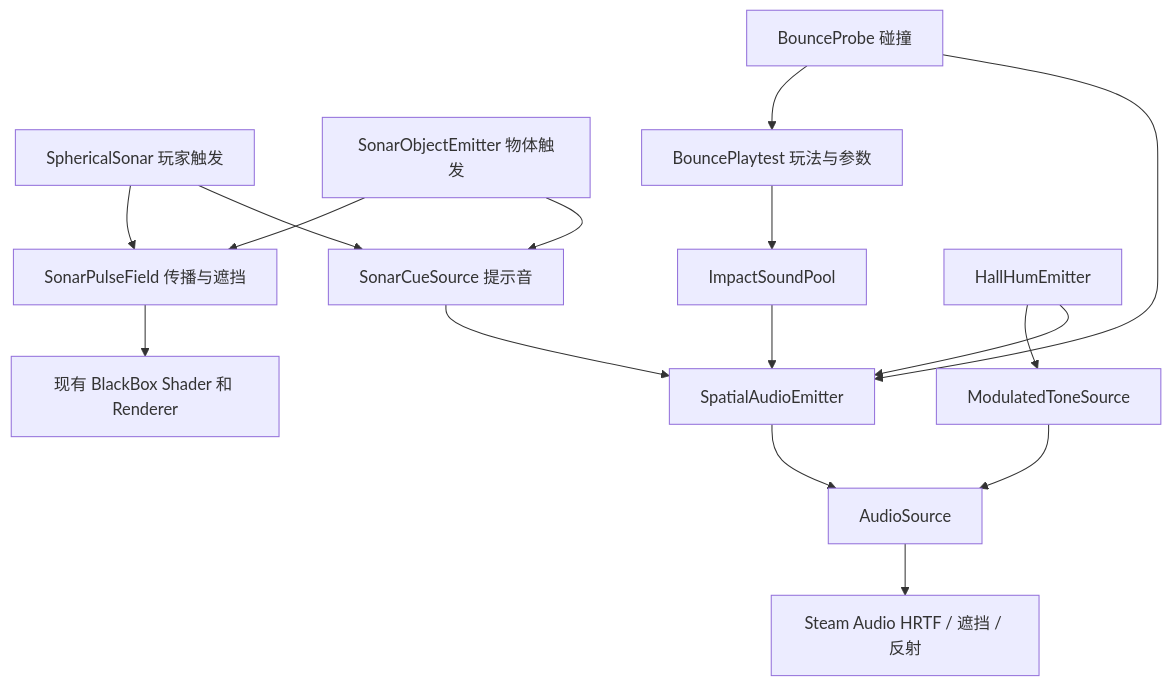
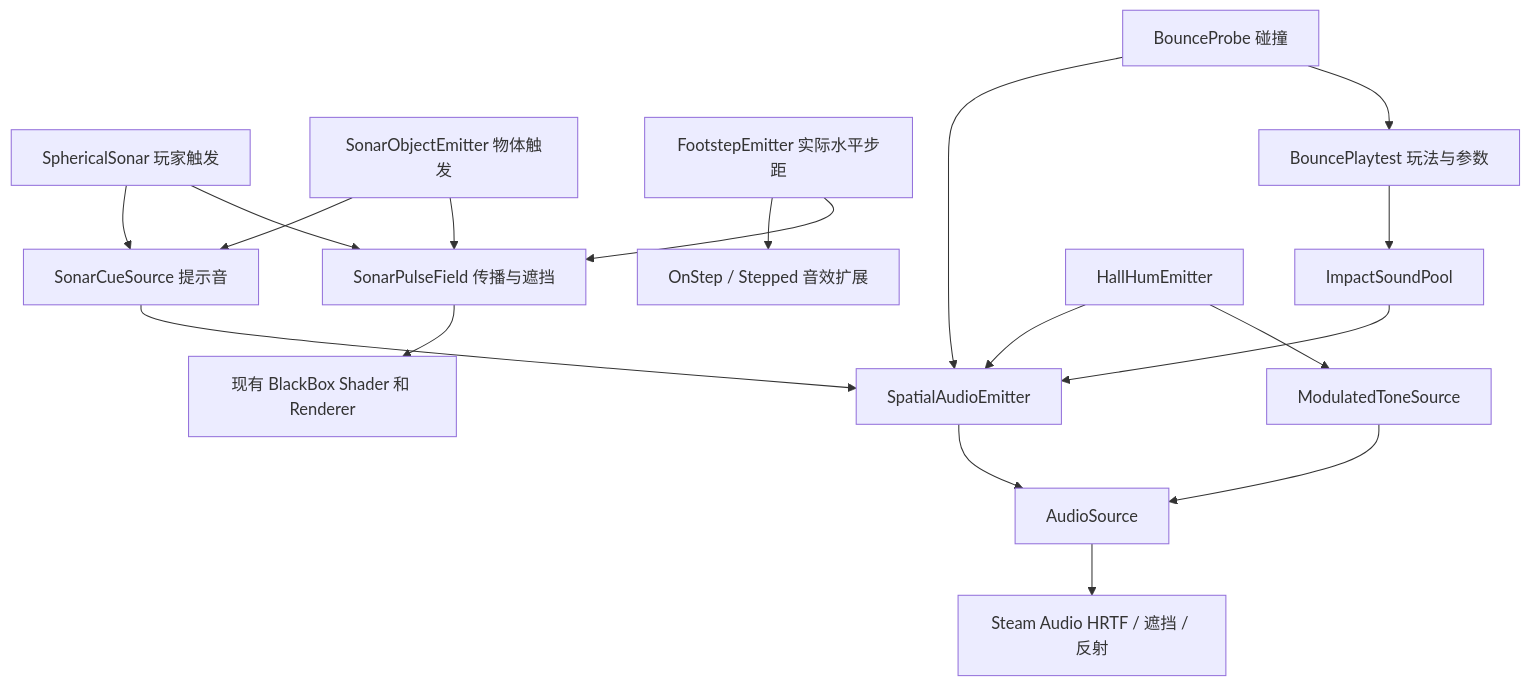
The diagram in Docs/AudioArchitecture.md (Reyar-Comb/Sound2), drawn with Mermaid before and after one commit. The commit also changed other lines of this file and 18 other files, not shown here.

````diff
--- a/Docs/AudioArchitecture.md
+++ b/Docs/AudioArchitecture.md
@@ -31,18 +33,20 @@
 ```mermaid
 flowchart TD
   Player[SphericalSonar 玩家触发] --> Field[SonarPulseField 传播与遮挡]
   Object[SonarObjectEmitter 物体触发] --> Field
+  Foot[FootstepEmitter 实际水平步距] --> Field
+  Foot --> Event[OnStep / Stepped 音效扩展]
   Field --> Shader[现有 BlackBox Shader 和 Renderer]
   Player --> Cue[SonarCueSource 提示音]
   Object --> Cue
   Cue --> Spatial[SpatialAudioEmitter]
   Projectile[BounceProbe 碰撞] --> Game[BouncePlaytest 玩法与参数]
   Game --> Pool[ImpactSoundPool]
   Pool --> Spatial
   Projectile --> Spatial
   Hum[HallHumEmitter] --> Tone[ModulatedToneSource]
   Hum --> Spatial
   Tone --> Source[AudioSource]
   Spatial --> Source
   Source --> Steam[Steam Audio HRTF / 遮挡 / 反射]
 ```
````
